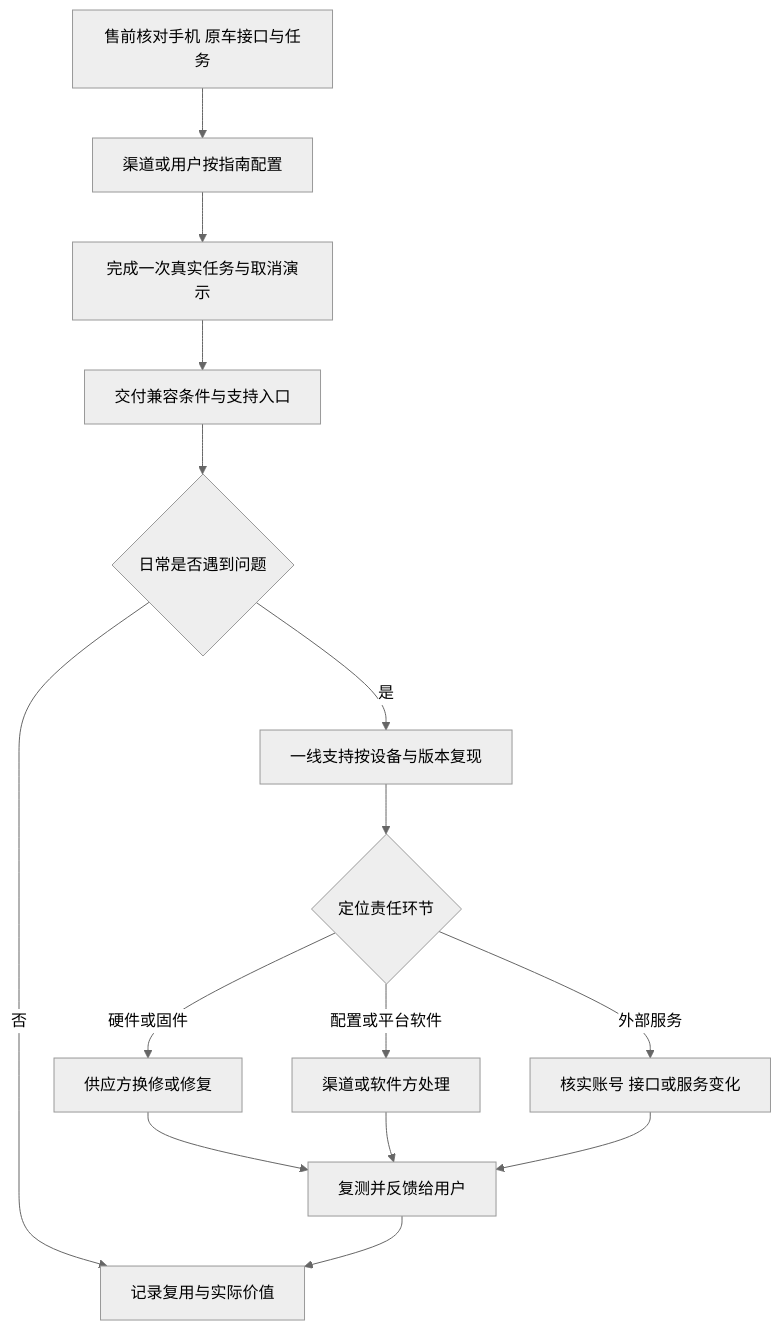
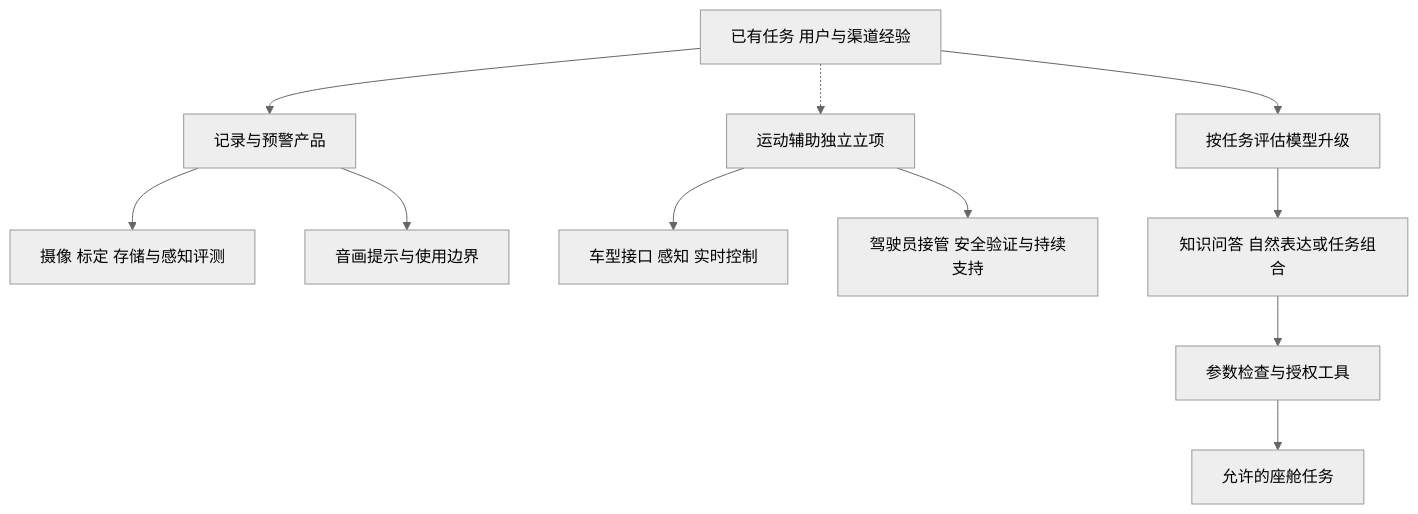
The diagram in dist/diagrams/fig-12.mmd (DreamSoul-AI/in-vehicle-ai-research), drawn with Mermaid (neutral theme) before and after one commit. The commit also changed 42 other files, not shown here.

```diff
--- a/dist/diagrams/fig-12.mmd
+++ b/dist/diagrams/fig-12.mmd
@@ -1,16 +1,12 @@
-%% title: 配置、交付与支持责任链
+%% title: 座舱、预警与运动辅助的能力边界
 flowchart TD
-  A[售前核对手机 原车接口与任务] --> B[渠道或用户按指南配置]
-  B --> C[完成一次真实任务与取消演示]
-  C --> D[交付兼容条件与支持入口]
-  D --> E{日常是否遇到问题}
-  E -->|否| F[记录复用与实际价值]
-  E -->|是| G[一线支持按设备与版本复现]
-  G --> H{定位责任环节}
-  H -->|硬件或固件| I[供应方换修或修复]
-  H -->|配置或平台软件| J[渠道或软件方处理]
-  H -->|外部服务| K[核实账号 接口或服务变化]
-  I --> L[复测并反馈给用户]
-  J --> L
-  K --> L
-  L --> F
+  A[已有任务 用户与渠道经验] --> B[记录与预警产品]
+  B --> B1[摄像 标定 存储与感知评测]
+  B --> B2[音画提示与使用边界]
+  A -.-> C[运动辅助独立立项]
+  C --> C1[车型接口 感知 实时控制]
+  C --> C2[驾驶员接管 安全验证与持续支持]
+  A --> D[按任务评估模型升级]
+  D --> D1[知识问答 自然表达或任务组合]
+  D1 --> E[参数检查与授权工具]
+  E --> F[允许的座舱任务]
```
